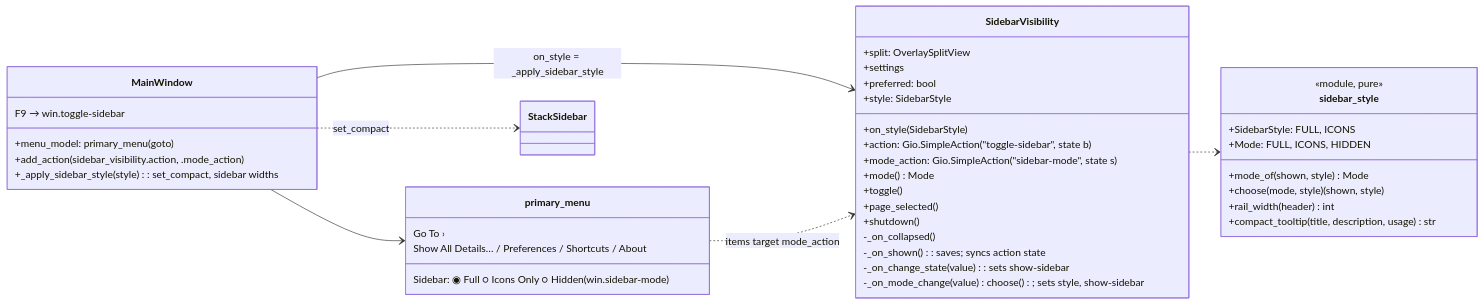
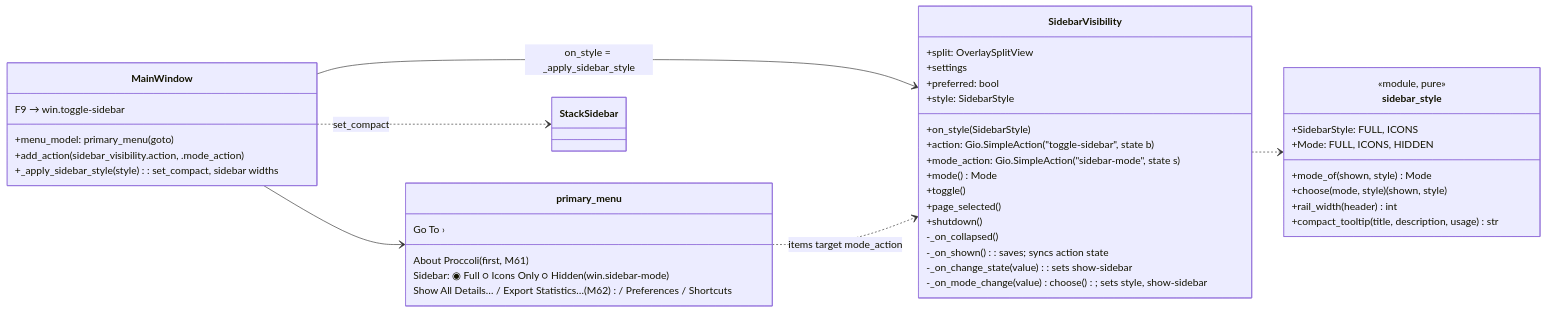
Diagram 17 of 42 in docs/DESIGN.md (mamadingleberry/proccoli), drawn with Mermaid before and after one commit. The commit also changed other lines of this file and 98 other files, not shown here.

````diff
--- a/docs/DESIGN.md
+++ b/docs/DESIGN.md
@@ -1463,46 +1566,47 @@
 ```mermaid
 classDiagram
     direction LR
     class SidebarVisibility {
         +split: OverlaySplitView
         +settings
         +on_style(SidebarStyle)
         +action: Gio.SimpleAction ("toggle-sidebar", state b)
         +mode_action: Gio.SimpleAction ("sidebar-mode", state s)
         +preferred: bool
         +style: SidebarStyle
         +mode() Mode
         +toggle()
         +page_selected()
         +shutdown()
         -_on_collapsed()
         -_on_shown() : saves; syncs action state
         -_on_change_state(value) : sets show-sidebar
         -_on_mode_change(value) : choose(); sets style, show-sidebar
     }
     class sidebar_style {
         <<module, pure>>
         +SidebarStyle: FULL, ICONS
         +Mode: FULL, ICONS, HIDDEN
         +mode_of(shown, style) Mode
         +choose(mode, style) (shown, style)
         +rail_width(header) int
         +compact_tooltip(title, description, usage) str
     }
     class MainWindow {
         +menu_model: primary_menu(goto)
         +add_action(sidebar_visibility.action, .mode_action)
         +_apply_sidebar_style(style) : set_compact, sidebar widths
         F9 → win.toggle-sidebar
     }
     class primary_menu {
+        About Proccoli (first, M61)
         Go To ›
         Sidebar: ◉ Full ○ Icons Only ○ Hidden (win.sidebar-mode)
-        Show All Details… / Preferences / Shortcuts / About
+        Show All Details… / Export Statistics… (M62) / Preferences / Shortcuts
     }
     MainWindow --> SidebarVisibility : on_style = _apply_sidebar_style
     MainWindow --> primary_menu
     primary_menu ..> SidebarVisibility : items target mode_action
     SidebarVisibility ..> sidebar_style
     MainWindow ..> StackSidebar : set_compact
 ```
````
